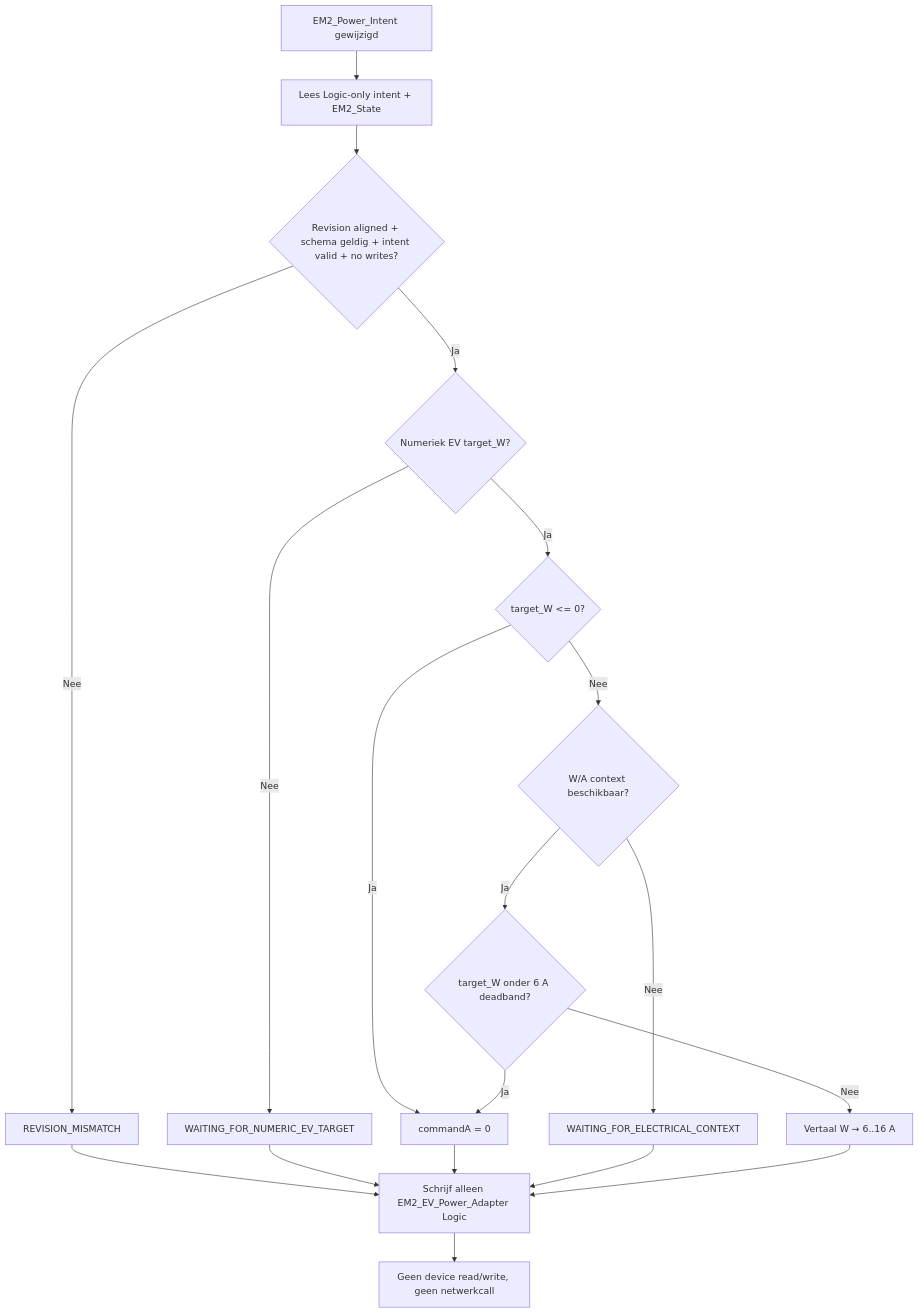
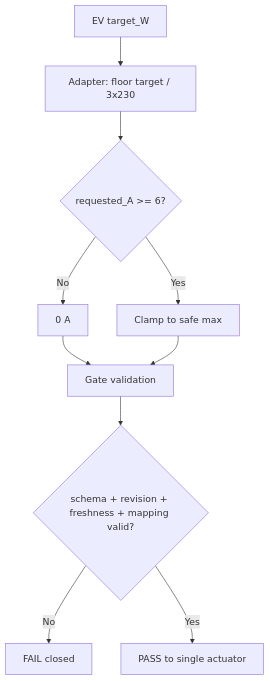
The fourth of 5 diagrams in docs/software-architecture/flows/tesla-flow.md (OnsKasteeltje/homey-energy-manual), drawn with Mermaid before and after one commit. The commit also changed other lines of this file, not shown here.

Commit message:
docs: replace legacy Tesla flow with current Pi/Homey execution chain

````diff
--- a/docs/software-architecture/flows/tesla-flow.md
+++ b/docs/software-architecture/flows/tesla-flow.md
@@ -188,21 +140,12 @@
 ```mermaid
 flowchart TD
-    A[EM2_Power_Intent gewijzigd] --> B[Lees Logic-only intent + EM2_State]
-    B --> C{Revision aligned + schema geldig + intent valid + no writes?}
-    C -- Nee --> D[REVISION_MISMATCH]
-    C -- Ja --> E{Numeriek EV target_W?}
-    E -- Nee --> F[WAITING_FOR_NUMERIC_EV_TARGET]
-    E -- Ja --> G{target_W <= 0?}
-    G -- Ja --> H[commandA = 0]
-    G -- Nee --> I{W/A context beschikbaar?}
-    I -- Nee --> J[WAITING_FOR_ELECTRICAL_CONTEXT]
-    I -- Ja --> K{target_W onder 6 A deadband?}
-    K -- Ja --> H
-    K -- Nee --> L[Vertaal W → 6..16 A]
-    D --> M[Schrijf alleen EM2_EV_Power_Adapter Logic]
-    F --> M
-    H --> M
-    J --> M
-    L --> M
-    M --> N[Geen device read/write, geen netwerkcall]
+    A[EV target_W] --> B[Adapter: floor target / 3x230]
+    B --> C{requested_A >= 6?}
+    C -->|No| D[0 A]
+    C -->|Yes| E[Clamp to safe max]
+    D --> F[Gate validation]
+    E --> F
+    F --> G{schema + revision + freshness + mapping valid?}
+    G -->|No| H[FAIL closed]
+    G -->|Yes| I[PASS to single actuator]
 ```
````
